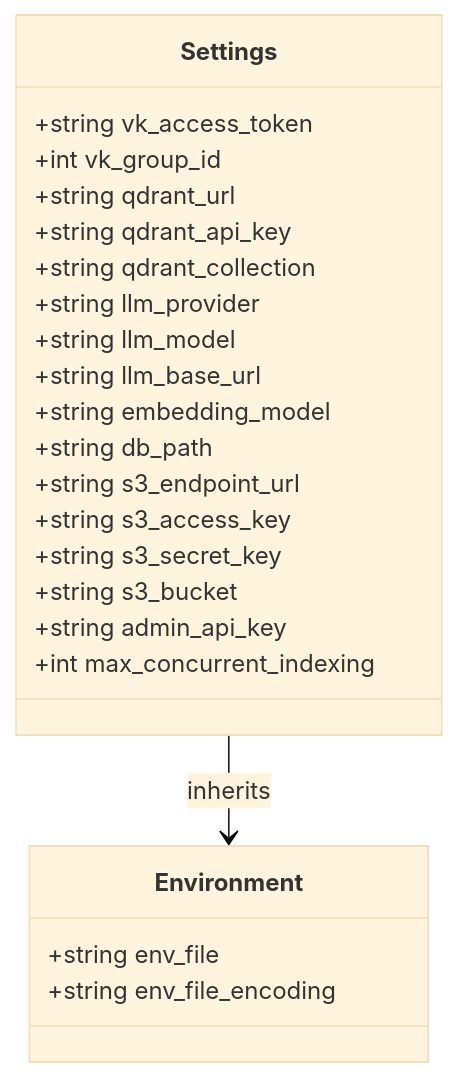
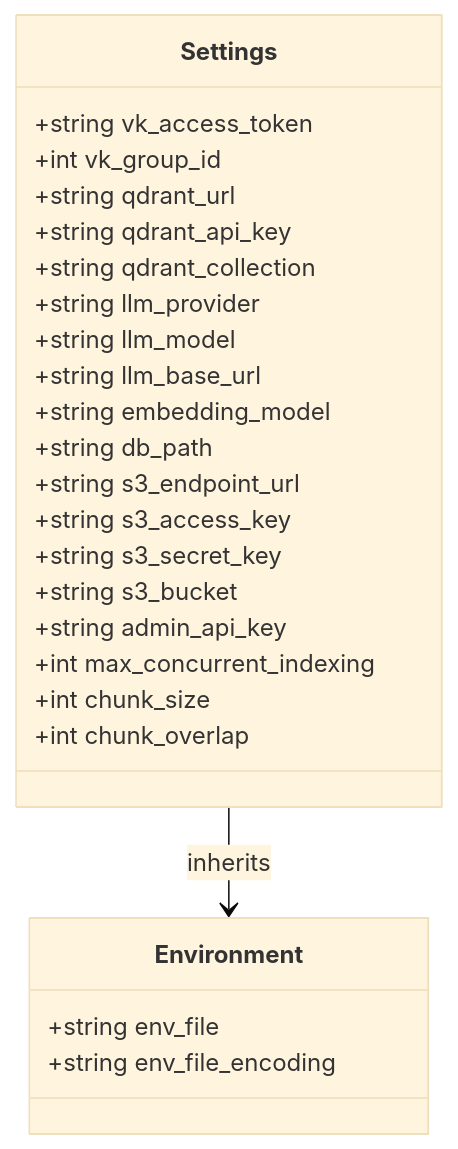
One commit to ognelis/cafetera_hr_bot changed diagram 19 of 21 in .qoder/repowiki/en/content/Document Management System.md. Above: the diagram before and after it, drawn with Mermaid (base theme). The commit also changed other lines of this file and 8 other files, not shown here.

````diff
--- a/.qoder/repowiki/en/content/Document Management System.md
+++ b/.qoder/repowiki/en/content/Document Management System.md
@@ -1057,26 +1308,28 @@
 ```mermaid
 classDiagram
 class Settings {
 +string vk_access_token
 +int vk_group_id
 +string qdrant_url
 +string qdrant_api_key
 +string qdrant_collection
 +string llm_provider
 +string llm_model
 +string llm_base_url
 +string embedding_model
 +string db_path
 +string s3_endpoint_url
 +string s3_access_key
 +string s3_secret_key
 +string s3_bucket
 +string admin_api_key
 +int max_concurrent_indexing
++int chunk_size
++int chunk_overlap
 }
 class Environment {
 +string env_file
 +string env_file_encoding
 }
 Settings --> Environment : inherits
 ```
````
